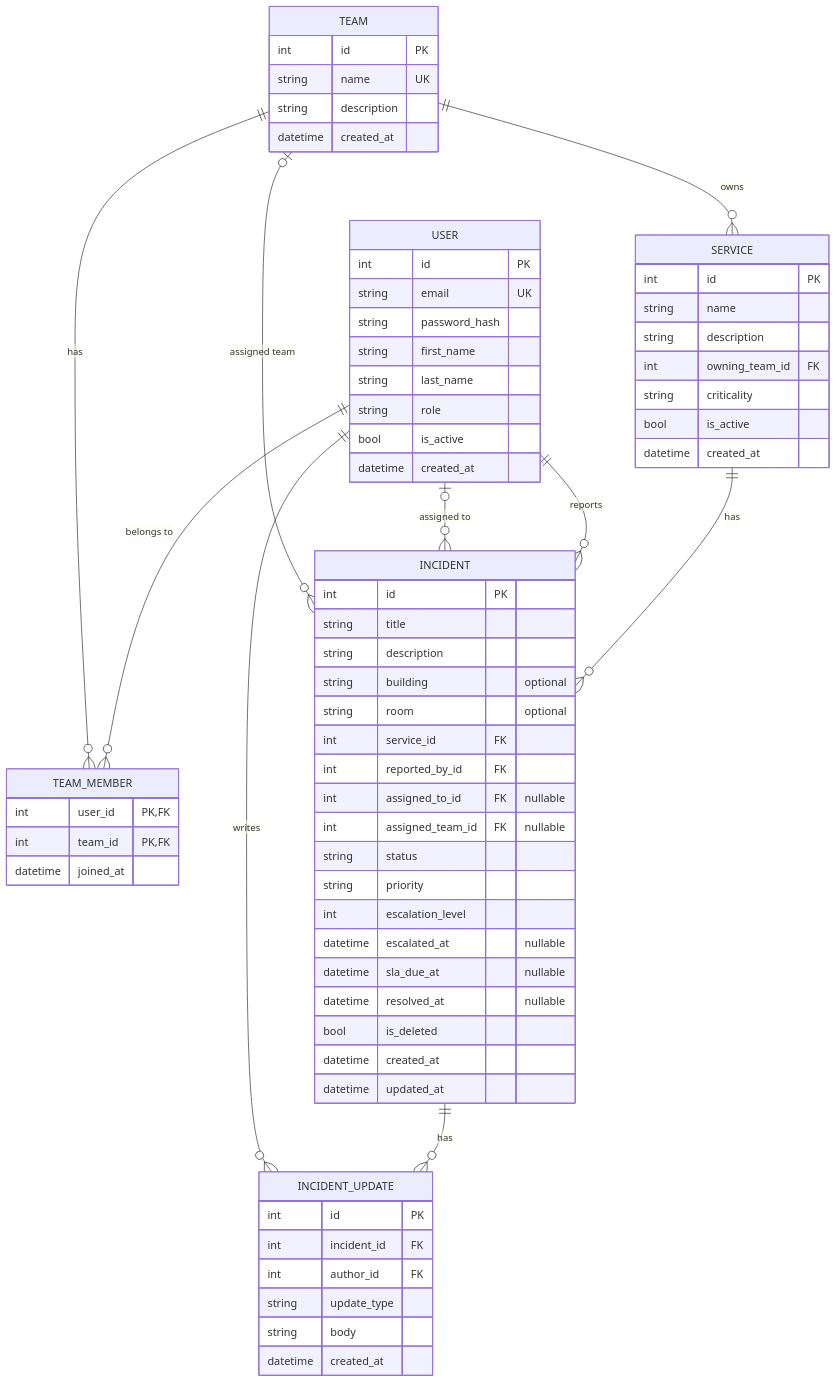
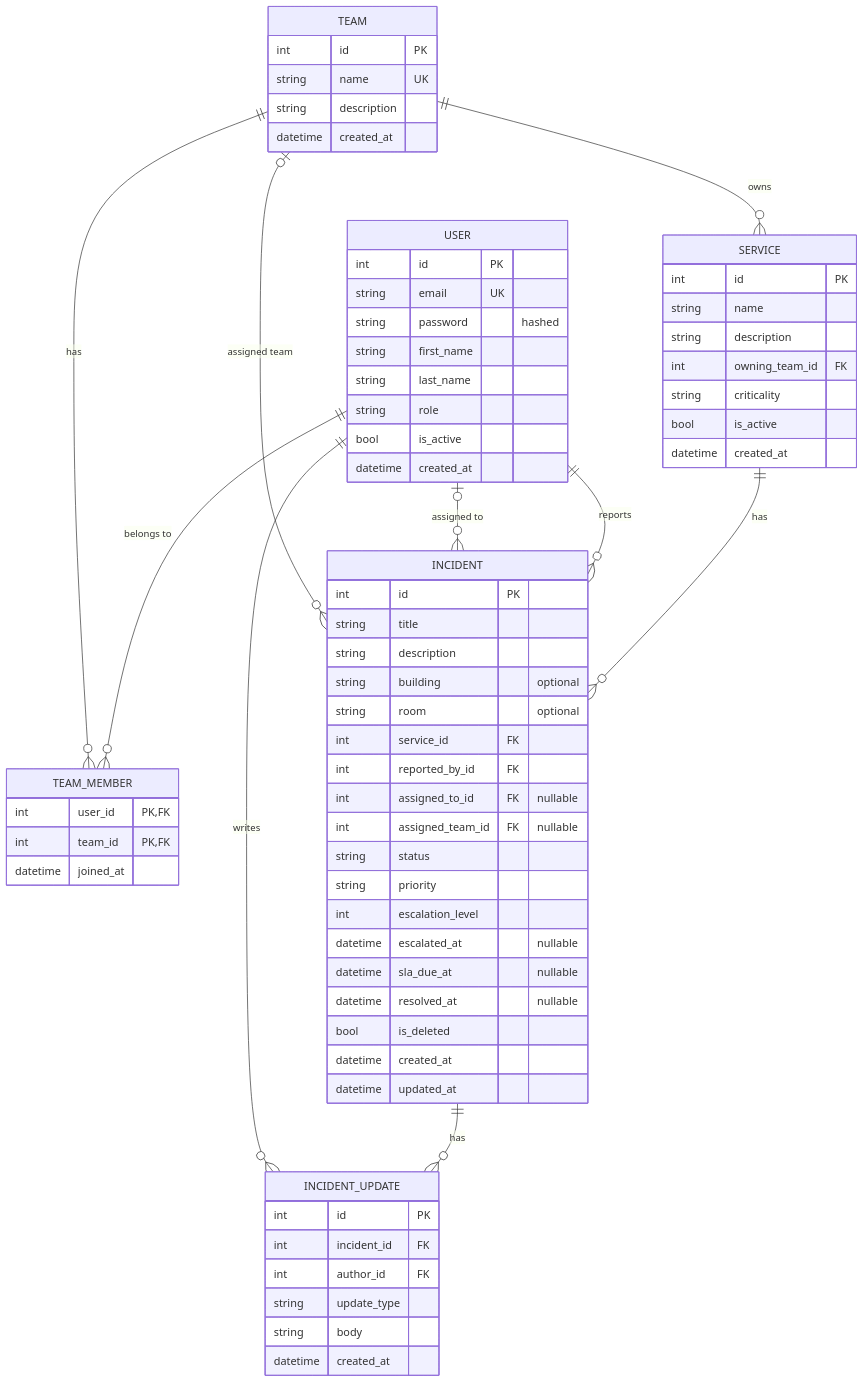
Before and after one commit to ZiedRbd/COSC-3339-Fall-2026-Term-Project: the diagram in docs/ER-DIAGRAM.md, drawn with Mermaid. The commit also changed 1 other file, not shown here.

Commit message:
Match ER diagram column name to the database

````diff
--- a/docs/ER-DIAGRAM.md
+++ b/docs/ER-DIAGRAM.md
@@ -3,76 +3,76 @@
 ```mermaid
 erDiagram
     USER ||--o{ TEAM_MEMBER : "belongs to"
     TEAM ||--o{ TEAM_MEMBER : "has"
     TEAM ||--o{ SERVICE : "owns"
     SERVICE ||--o{ INCIDENT : "has"
     USER ||--o{ INCIDENT : "reports"
     USER o|--o{ INCIDENT : "assigned to"
     TEAM o|--o{ INCIDENT : "assigned team"
     INCIDENT ||--o{ INCIDENT_UPDATE : "has"
     USER ||--o{ INCIDENT_UPDATE : "writes"
 
     USER {
         int id PK
         string email UK
-        string password_hash
+        string password "hashed"
         string first_name
         string last_name
         string role
         bool is_active
         datetime created_at
     }
 
     TEAM {
         int id PK
         string name UK
         string description
         datetime created_at
     }
 
     TEAM_MEMBER {
         int user_id PK,FK
         int team_id PK,FK
         datetime joined_at
     }
 
     SERVICE {
         int id PK
         string name
         string description
         int owning_team_id FK
         string criticality
         bool is_active
         datetime created_at
     }
 
     INCIDENT {
         int id PK
         string title
         string description
         string building "optional"
         string room "optional"
         int service_id FK
         int reported_by_id FK
         int assigned_to_id FK "nullable"
         int assigned_team_id FK "nullable"
         string status
         string priority
         int escalation_level
         datetime escalated_at "nullable"
         datetime sla_due_at "nullable"
         datetime resolved_at "nullable"
         bool is_deleted
         datetime created_at
         datetime updated_at
     }
 
     INCIDENT_UPDATE {
         int id PK
         int incident_id FK
         int author_id FK
         string update_type
         string body
         datetime created_at
     }
 ```
````
